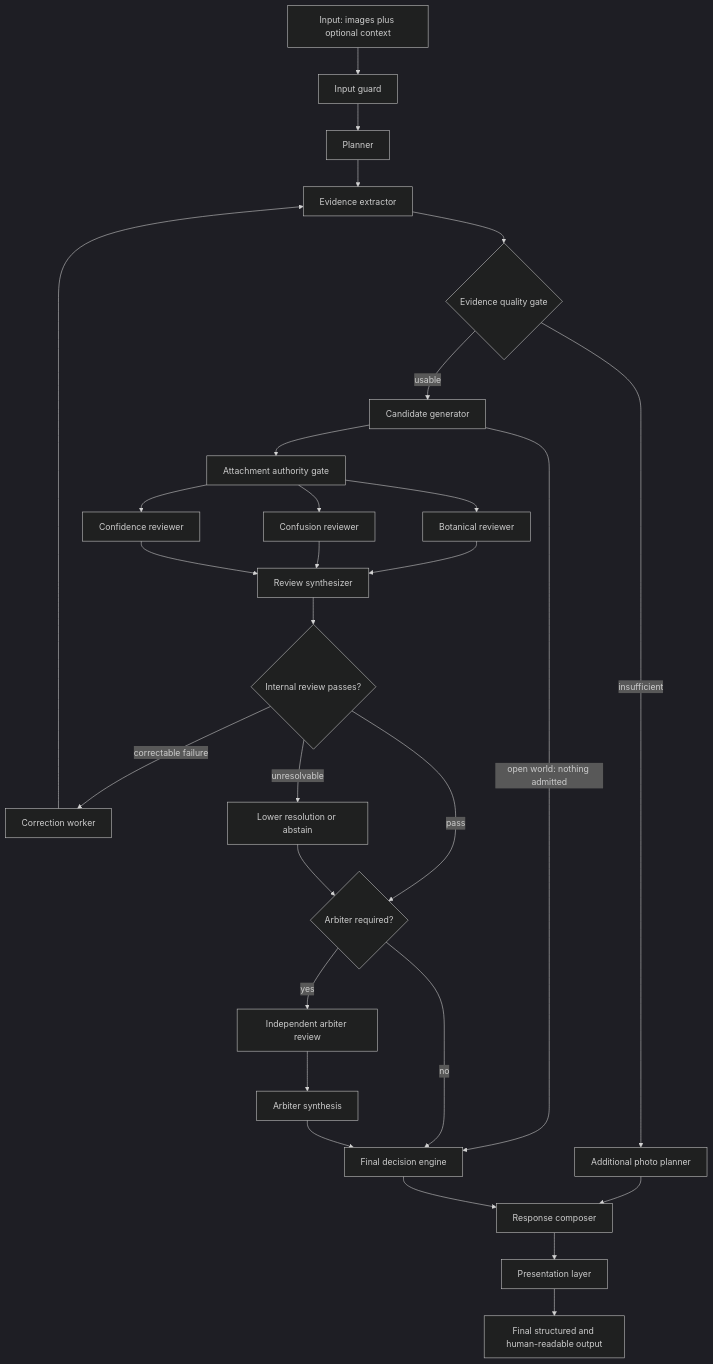
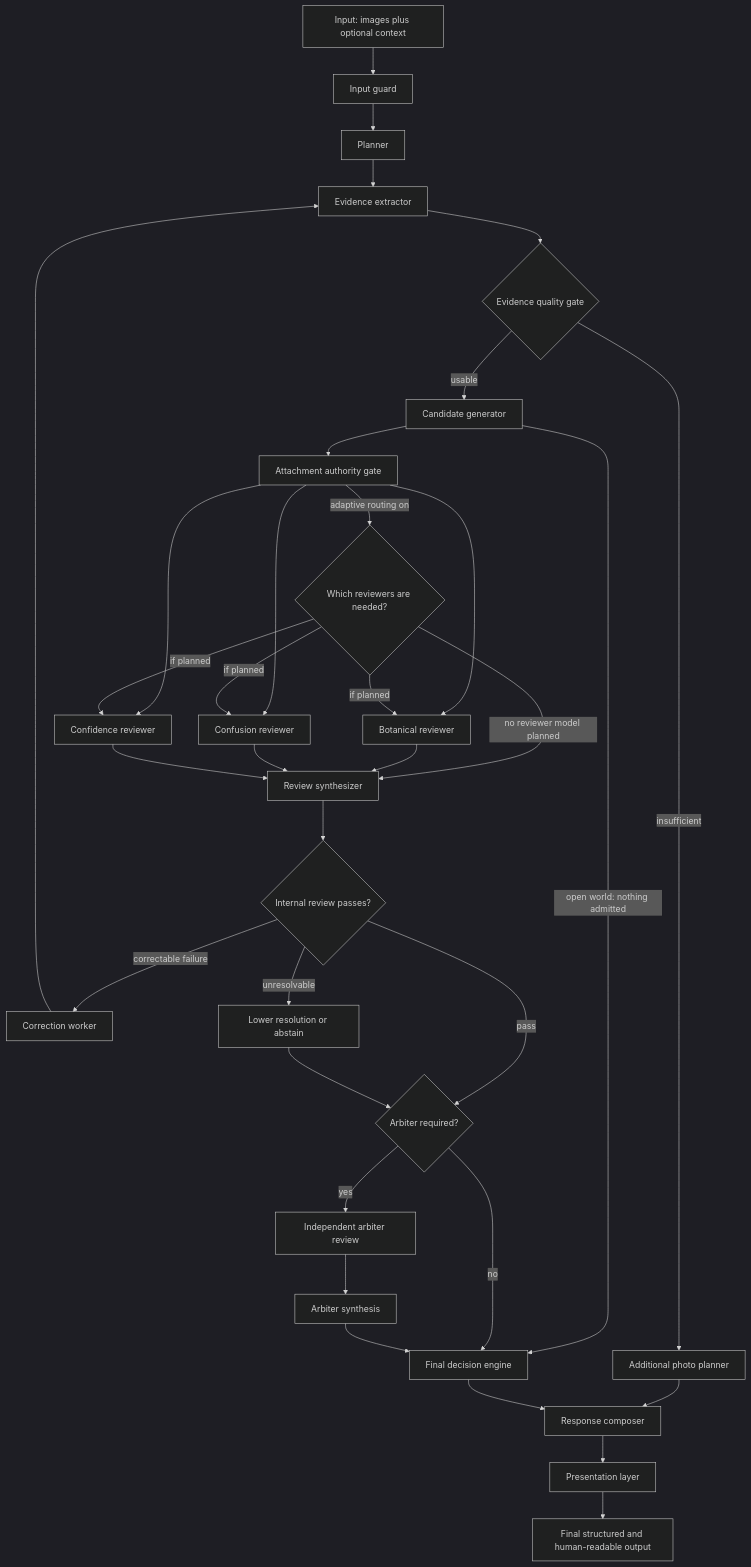
One commit to Dendro-Inspector/Dendro-Inspector changed the diagram in README.md. Above: the diagram before and after it, drawn with Mermaid (dark theme). The commit also changed 28 other files, not shown here.

````diff
--- a/README.md
+++ b/README.md
@@ -45,54 +45,60 @@
 ```mermaid
 flowchart TD
     INPUT[Input: images plus optional context]
     INPUT_GUARD[Input guard]
     PLANNER[Planner]
     EVIDENCE_EXTRACTOR[Evidence extractor]
     EVIDENCE_QUALITY{Evidence quality gate}
     PHOTO_PLANNER[Additional photo planner]
     CANDIDATE_GENERATOR[Candidate generator]
     ATTACHMENT_AUTHORITY_GATE[Attachment authority gate]
+    ADAPTIVE_GATE{Which reviewers are needed?}
     BOTANICAL_REVIEWER[Botanical reviewer]
     CONFUSION_REVIEWER[Confusion reviewer]
     CONFIDENCE_REVIEWER[Confidence reviewer]
     REVIEW_SYNTHESIZER[Review synthesizer]
     INTERNAL_GATE{Internal review passes?}
     CORRECTION_WORKER[Correction worker]
     ABSTAIN[Lower resolution or abstain]
     ESCALATION_GATE{Arbiter required?}
     ARBITER[Independent arbiter review]
     ARBITER_SYNTHESIZER[Arbiter synthesis]
     FINAL_DECISION[Final decision engine]
     RESPONSE_COMPOSER[Response composer]
     TONE_LAYER[Presentation layer]
     OUTPUT[Final structured and human-readable output]
 
     INPUT --> INPUT_GUARD
     INPUT_GUARD --> PLANNER
     PLANNER --> EVIDENCE_EXTRACTOR
     EVIDENCE_EXTRACTOR --> EVIDENCE_QUALITY
     EVIDENCE_QUALITY -->|insufficient| PHOTO_PLANNER
     PHOTO_PLANNER --> RESPONSE_COMPOSER
     EVIDENCE_QUALITY -->|usable| CANDIDATE_GENERATOR
     CANDIDATE_GENERATOR --> ATTACHMENT_AUTHORITY_GATE
     CANDIDATE_GENERATOR -->|open world: nothing admitted| FINAL_DECISION
     ATTACHMENT_AUTHORITY_GATE --> BOTANICAL_REVIEWER
     ATTACHMENT_AUTHORITY_GATE --> CONFUSION_REVIEWER
     ATTACHMENT_AUTHORITY_GATE --> CONFIDENCE_REVIEWER
+    ATTACHMENT_AUTHORITY_GATE -->|adaptive routing on| ADAPTIVE_GATE
+    ADAPTIVE_GATE -->|if planned| BOTANICAL_REVIEWER
+    ADAPTIVE_GATE -->|if planned| CONFUSION_REVIEWER
+    ADAPTIVE_GATE -->|if planned| CONFIDENCE_REVIEWER
+    ADAPTIVE_GATE -->|no reviewer model planned| REVIEW_SYNTHESIZER
     BOTANICAL_REVIEWER --> REVIEW_SYNTHESIZER
     CONFUSION_REVIEWER --> REVIEW_SYNTHESIZER
     CONFIDENCE_REVIEWER --> REVIEW_SYNTHESIZER
     REVIEW_SYNTHESIZER --> INTERNAL_GATE
     INTERNAL_GATE -->|correctable failure| CORRECTION_WORKER
     CORRECTION_WORKER --> EVIDENCE_EXTRACTOR
     INTERNAL_GATE -->|unresolvable| ABSTAIN
     INTERNAL_GATE -->|pass| ESCALATION_GATE
     ESCALATION_GATE -->|no| FINAL_DECISION
     ESCALATION_GATE -->|yes| ARBITER
     ARBITER --> ARBITER_SYNTHESIZER
     ARBITER_SYNTHESIZER --> FINAL_DECISION
     ABSTAIN --> ESCALATION_GATE
     FINAL_DECISION --> RESPONSE_COMPOSER
     RESPONSE_COMPOSER --> TONE_LAYER
     TONE_LAYER --> OUTPUT
 ```
````
